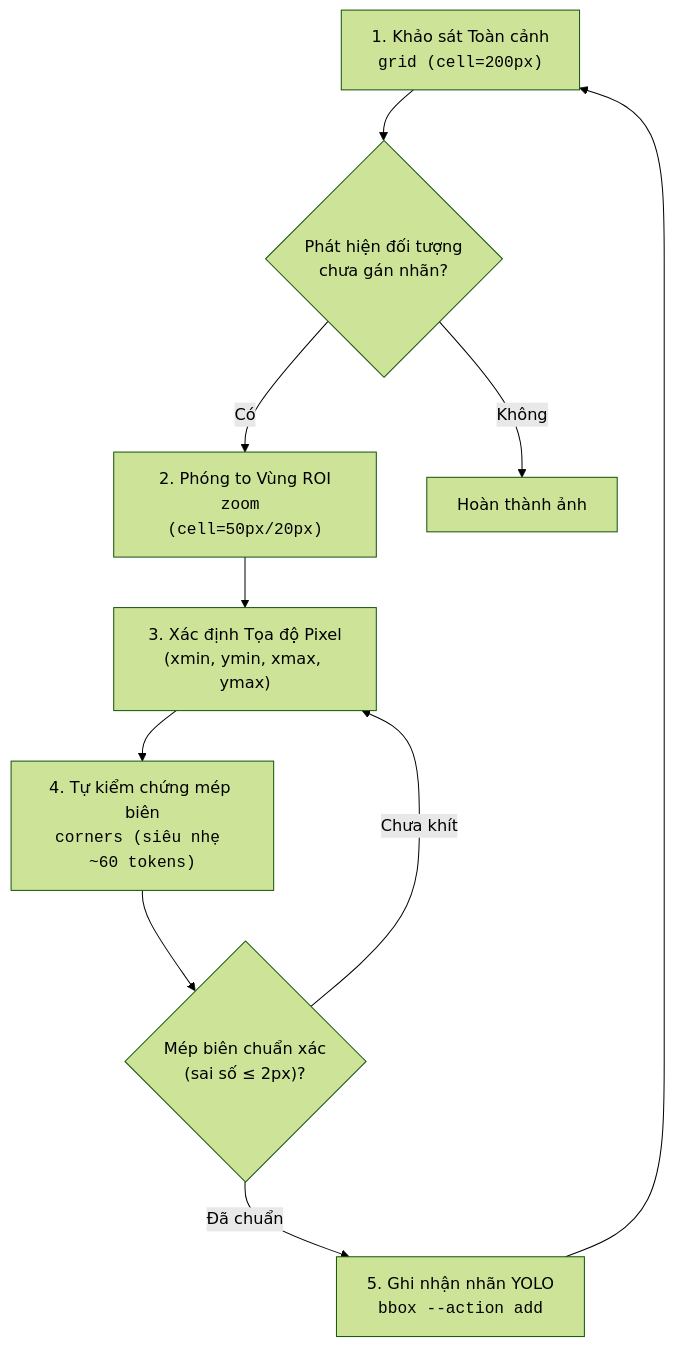
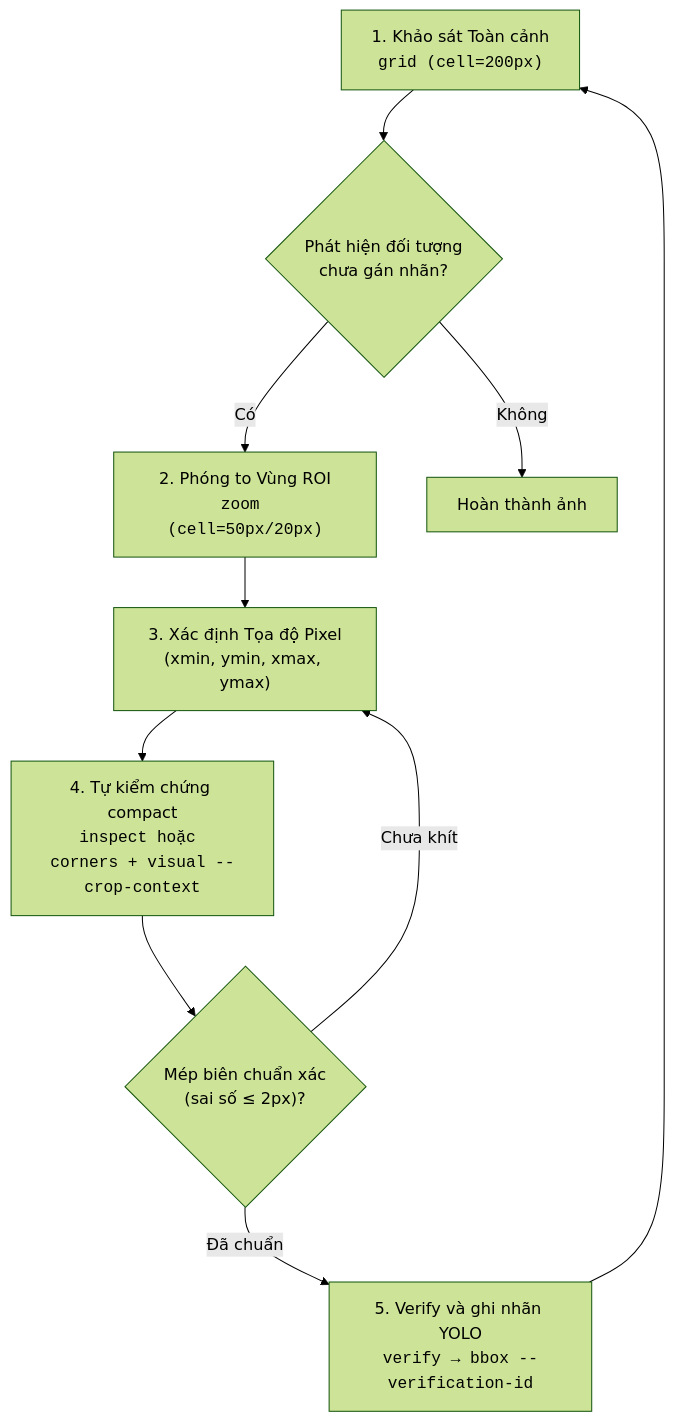
Before and after one commit to DongNQ247/A4OD: the second of 2 diagrams in README.md, drawn with Mermaid (forest theme). The commit also changed other lines of this file and 25 other files, not shown here.

````diff
--- a/README.md
+++ b/README.md
@@ -193,12 +242,12 @@
 ```mermaid
 flowchart TD
     A["1. Khảo sát Toàn cảnh<br/><code>grid (cell=200px)</code>"] --> B{"Phát hiện đối tượng<br/>chưa gán nhãn?"}
     B -- Có --> C["2. Phóng to Vùng ROI<br/><code>zoom (cell=50px/20px)</code>"]
     B -- Không --> END["Hoàn thành ảnh"]
     C --> D["3. Xác định Tọa độ Pixel<br/>(xmin, ymin, xmax, ymax)"]
-    D --> E["4. Tự kiểm chứng mép biên<br/><code>corners (siêu nhẹ ~60 tokens)</code>"]
+    D --> E["4. Tự kiểm chứng compact<br/><code>inspect hoặc corners + visual --crop-context</code>"]
     E --> F{"Mép biên chuẩn xác<br/>(sai số ≤ 2px)?"}
     F -- Chưa khít --> D
-    F -- Đã chuẩn --> G["5. Ghi nhận nhãn YOLO<br/><code>bbox --action add</code>"]
+    F -- Đã chuẩn --> G["5. Verify và ghi nhãn YOLO<br/><code>verify → bbox --verification-id</code>"]
     G --> A
 ```
````
